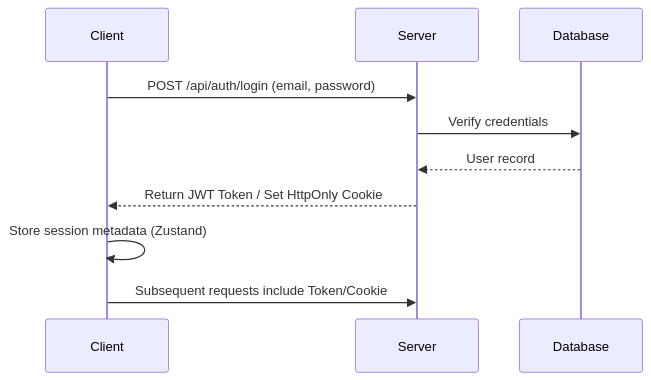
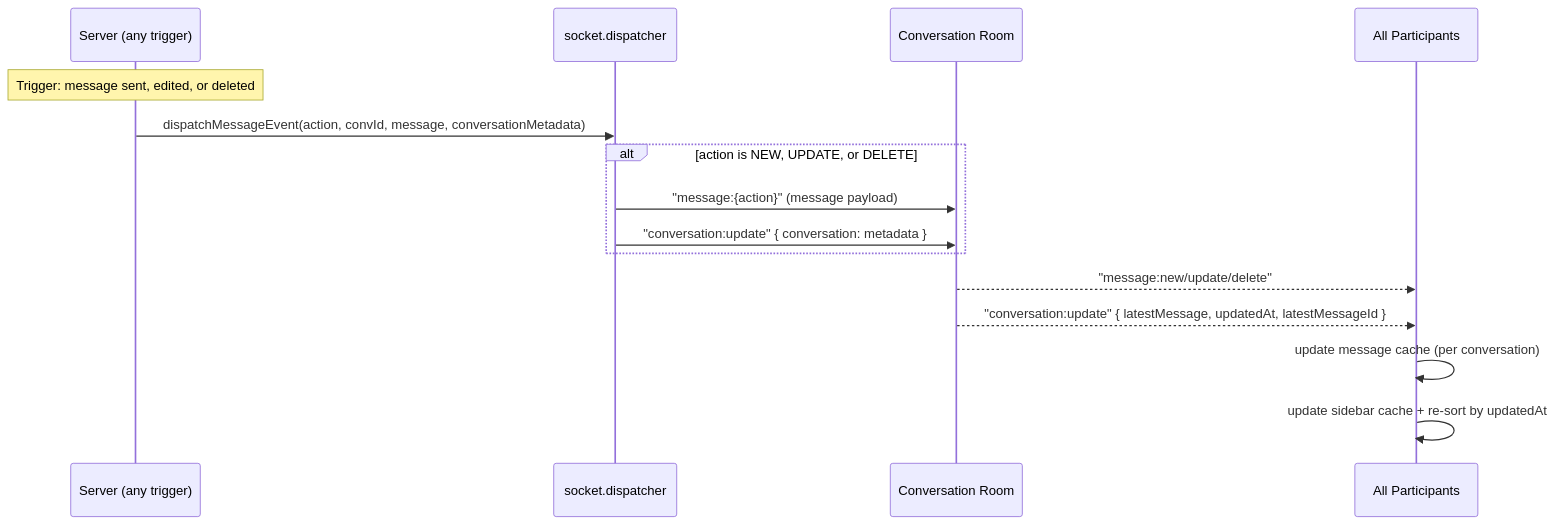
Before and after one commit to Kashyap-empiric/Nexus: the sixth of 6 diagrams in .docs/public-docs/data-flow.md, drawn with Mermaid. The commit also changed other lines of this file and 38 other files, not shown here.

````diff
--- a/.docs/public-docs/data-flow.md
+++ b/.docs/public-docs/data-flow.md
@@ -49,13 +157,21 @@
 ```mermaid
 sequenceDiagram
-    participant Client
-    participant Server
-    participant Database
+    participant Server as Server (any trigger)
+    participant Dispatcher as socket.dispatcher
+    participant Room as Conversation Room
+    participant Client as All Participants
 
-    Client->>Server: POST /api/auth/login (email, password)
-    Server->>Database: Verify credentials
-    Database-->>Server: User record
-    Server-->>Client: Return JWT Token / Set HttpOnly Cookie
-    Client->>Client: Store session metadata (Zustand)
-    Client->>Server: Subsequent requests include Token/Cookie
+    Note over Server: Trigger: message sent, edited, or deleted
+
+    Server->>Dispatcher: dispatchMessageEvent(action, convId, message, conversationMetadata)
+
+    alt action is NEW, UPDATE, or DELETE
+        Dispatcher->>Room: "message:{action}" (message payload)
+        Dispatcher->>Room: "conversation:update" { conversation: metadata }
+    end
+
+    Room-->>Client: "message:new/update/delete"
+    Room-->>Client: "conversation:update" { latestMessage, updatedAt, latestMessageId }
+    Client->>Client: update message cache (per conversation)
+    Client->>Client: update sidebar cache + re-sort by updatedAt
 ```
````
